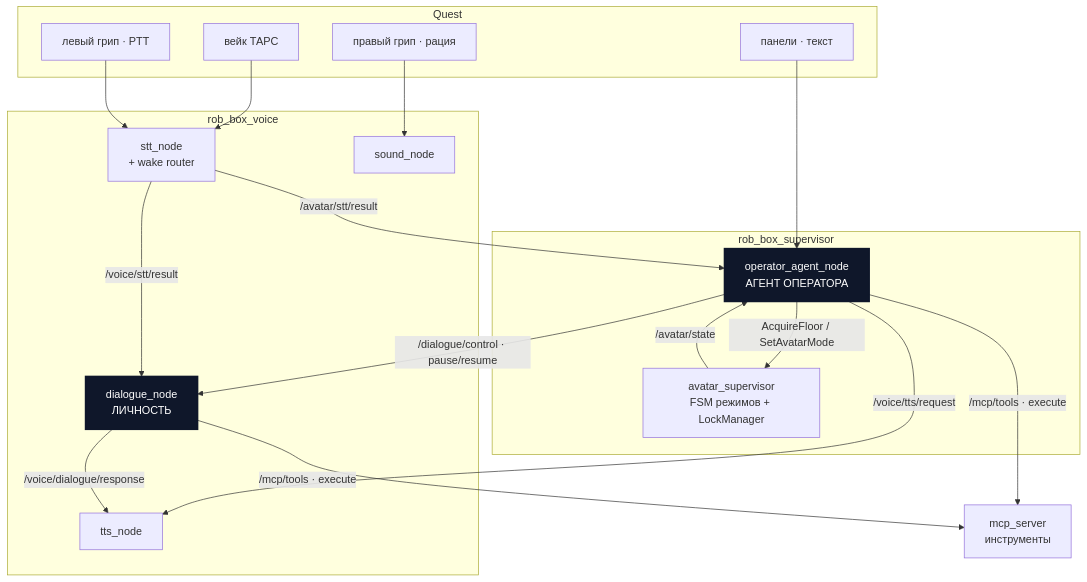
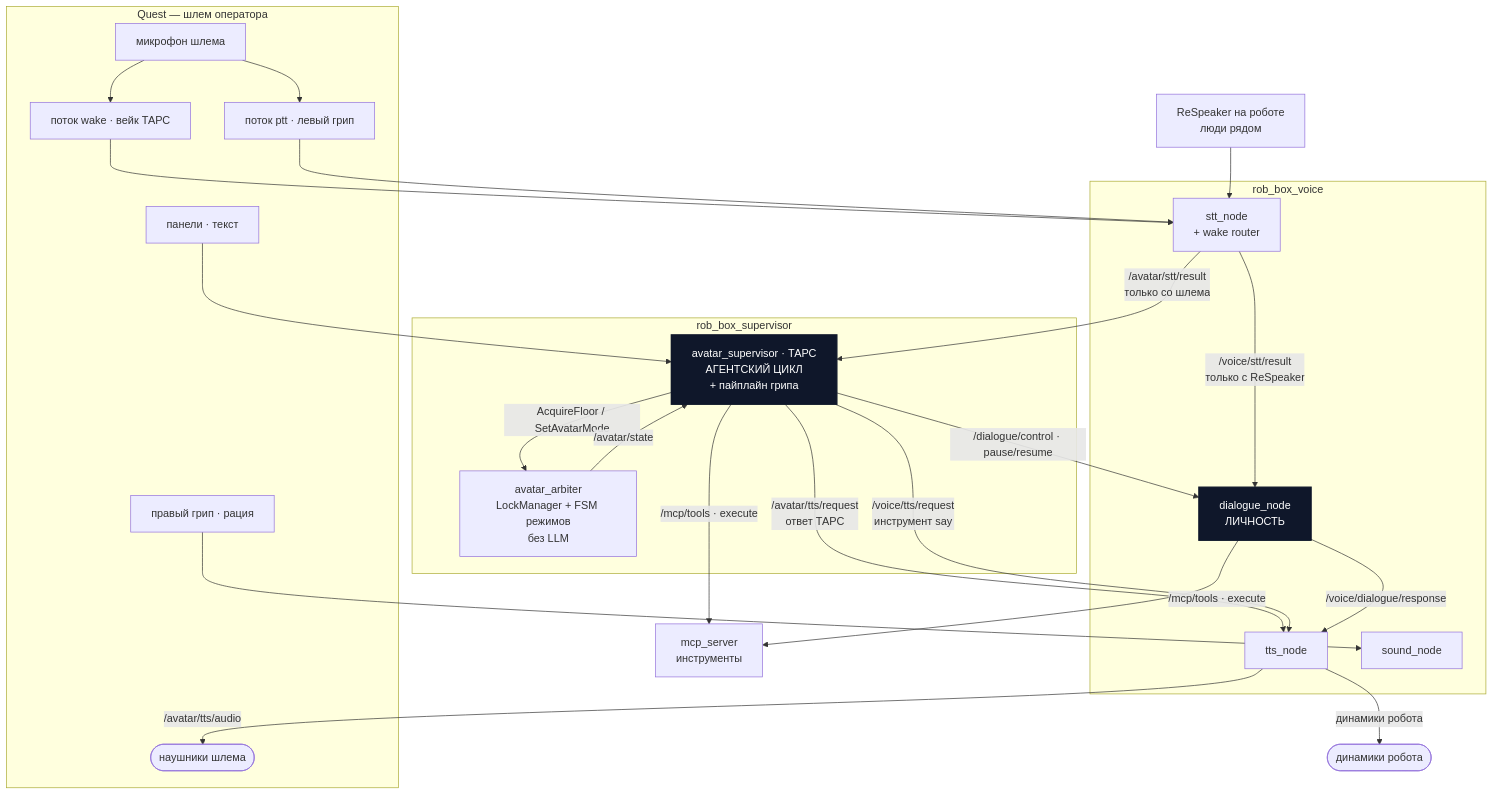
One commit to krikz/rob_box_project changed the first of 7 diagrams in docs/architecture/target-operator-agent-and-dialogue.md. Above: the diagram before and after it, drawn with Mermaid. The commit also changed other lines of this file, not shown here.

First line of the commit message:
docs(architecture): супервизор = агентский цикл ТАРС; арбитраж floor выносится

````diff
--- a/docs/architecture/target-operator-agent-and-dialogue.md
+++ b/docs/architecture/target-operator-agent-and-dialogue.md
@@ -129,43 +140,52 @@
 ```mermaid
 flowchart TB
-  subgraph HMD ["Quest"]
-    WW["вейк ТАРС"]
-    PTT["левый грип · PTT"]
+  subgraph HMD ["Quest — шлем оператора"]
+    MIC["микрофон шлема"]
+    WW["поток wake · вейк ТАРС"]
+    PTT["поток ptt · левый грип"]
     RADIO["правый грип · рация"]
+    EAR(["наушники шлема"])
     UI["панели · текст"]
+    MIC --> WW
+    MIC --> PTT
   end
+
+  RESP["ReSpeaker на роботе<br/>люди рядом"] --> STT
 
   subgraph VOICE ["rob_box_voice"]
     STT["stt_node<br/>+ wake router"]
     TTS["tts_node"]
     SND["sound_node"]
     DN["dialogue_node<br/>ЛИЧНОСТЬ"]
   end
 
   subgraph SUPPKG ["rob_box_supervisor"]
-    OA["operator_agent_node<br/>АГЕНТ ОПЕРАТОРА"]
-    SUP["avatar_supervisor<br/>FSM режимов + LockManager"]
+    OA["avatar_supervisor · ТАРС<br/>АГЕНТСКИЙ ЦИКЛ<br/>+ пайплайн грипа"]
+    SUP["avatar_arbiter<br/>LockManager + FSM режимов<br/>без LLM"]
   end
 
   MCP["mcp_server<br/>инструменты"]
 
   WW --> STT
   PTT --> STT
   RADIO --> SND
   UI --> OA
 
-  STT -->|"/voice/stt/result"| DN
-  STT -->|"/avatar/stt/result"| OA
+  STT -->|"/voice/stt/result<br/>только с ReSpeaker"| DN
+  STT -->|"/avatar/stt/result<br/>только со шлема"| OA
 
   OA -->|"/dialogue/control · pause/resume"| DN
   OA -->|"/mcp/tools · execute"| MCP
   DN -->|"/mcp/tools · execute"| MCP
-  OA -->|"/voice/tts/request"| TTS
+  OA -->|"/avatar/tts/request<br/>ответ ТАРС"| TTS
+  OA -->|"/voice/tts/request<br/>инструмент say"| TTS
   DN -->|"/voice/dialogue/response"| TTS
+  TTS -->|"/avatar/tts/audio"| EAR
+  TTS -->|"динамики робота"| SPK(["динамики робота"])
 
   OA -->|"AcquireFloor / SetAvatarMode"| SUP
   SUP -->|"/avatar/state"| OA
 
   classDef agent fill:#0f172a,color:#fff,stroke:#0f172a,stroke-width:2px;
   class OA,DN agent
 ```
````
